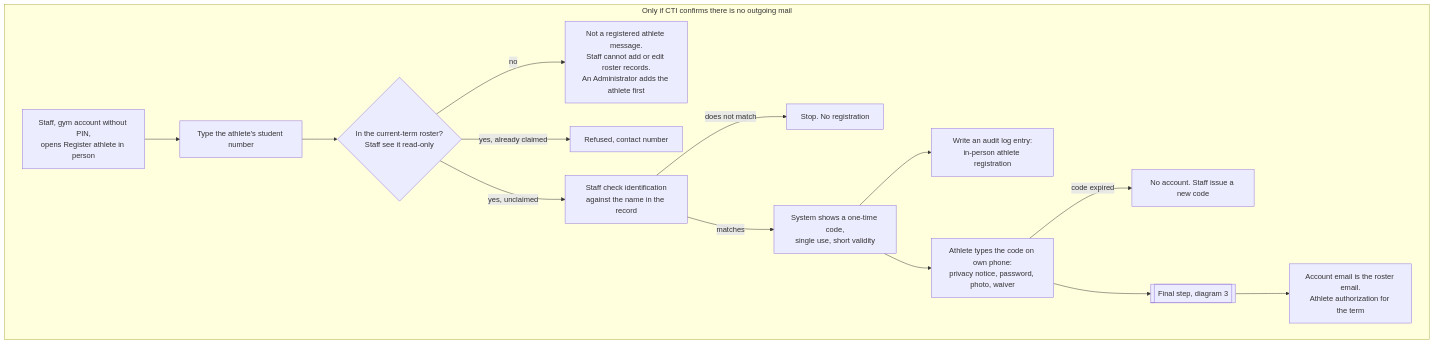
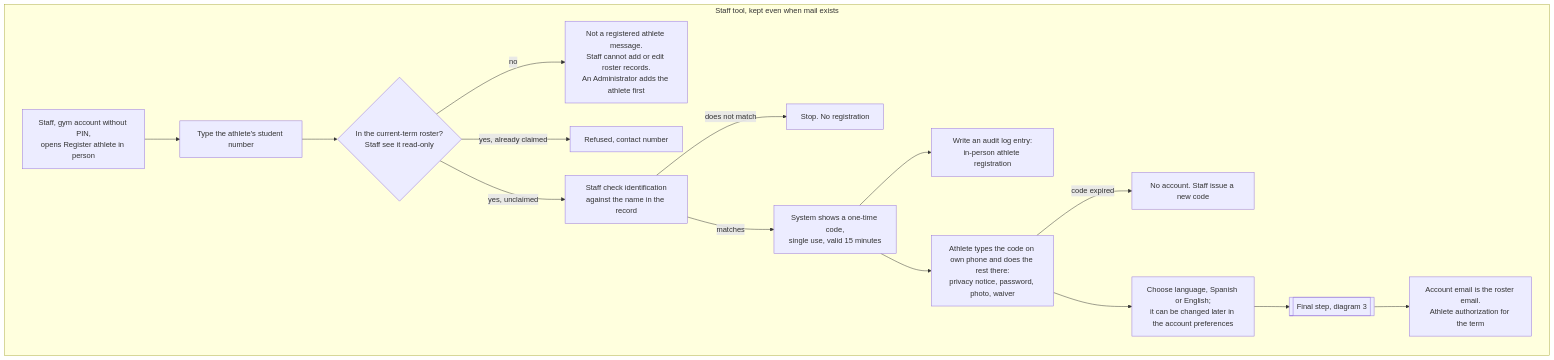
One commit to Th3-Minorities/natatorio-gym-app changed the fifth of 9 diagrams in docs/design/registration-flows.md. Above: the diagram before and after it, drawn with Mermaid. The commit also changed other lines of this file, not shown here.

Commit message:
Apply the design review decisions to the registration flows

````diff
--- a/docs/design/registration-flows.md
+++ b/docs/design/registration-flows.md
@@ -164,17 +165,18 @@
 ```mermaid
 flowchart TD
-  subgraph FALLBACK["Only if CTI confirms there is no outgoing mail"]
+  subgraph STAFFTOOL["Staff tool, kept even when mail exists"]
     START["Staff, gym account without PIN,<br/>opens Register athlete in person"] --> SN["Type the athlete's student number"]
     SN --> R{"In the current-term roster?<br/>Staff see it read-only"}
     R -->|"no"| X1["Not a registered athlete message.<br/>Staff cannot add or edit roster records.<br/>An Administrator adds the athlete first"]
     R -->|"yes, already claimed"| X2["Refused, contact number"]
     R -->|"yes, unclaimed"| ID["Staff check identification<br/>against the name in the record"]
     ID -->|"does not match"| X3["Stop. No registration"]
-    ID -->|"matches"| CODE["System shows a one-time code,<br/>single use, short validity"]
+    ID -->|"matches"| CODE["System shows a one-time code,<br/>single use, valid 15 minutes"]
     CODE --> AUD["Write an audit log entry:<br/>in-person athlete registration"]
-    CODE --> PHONE["Athlete types the code on own phone:<br/>privacy notice, password, photo, waiver"]
+    CODE --> PHONE["Athlete types the code on own phone and does the rest there:<br/>privacy notice, password, photo, waiver"]
     PHONE -->|"code expired"| X4["No account. Staff issue a new code"]
-    PHONE --> FIN[["Final step, diagram 3"]]
+    PHONE --> LG["Choose language, Spanish or English;<br/>it can be changed later in the account preferences"]
+    LG --> FIN[["Final step, diagram 3"]]
     FIN --> OK["Account email is the roster email.<br/>Athlete authorization for the term"]
   end
 ```
````
